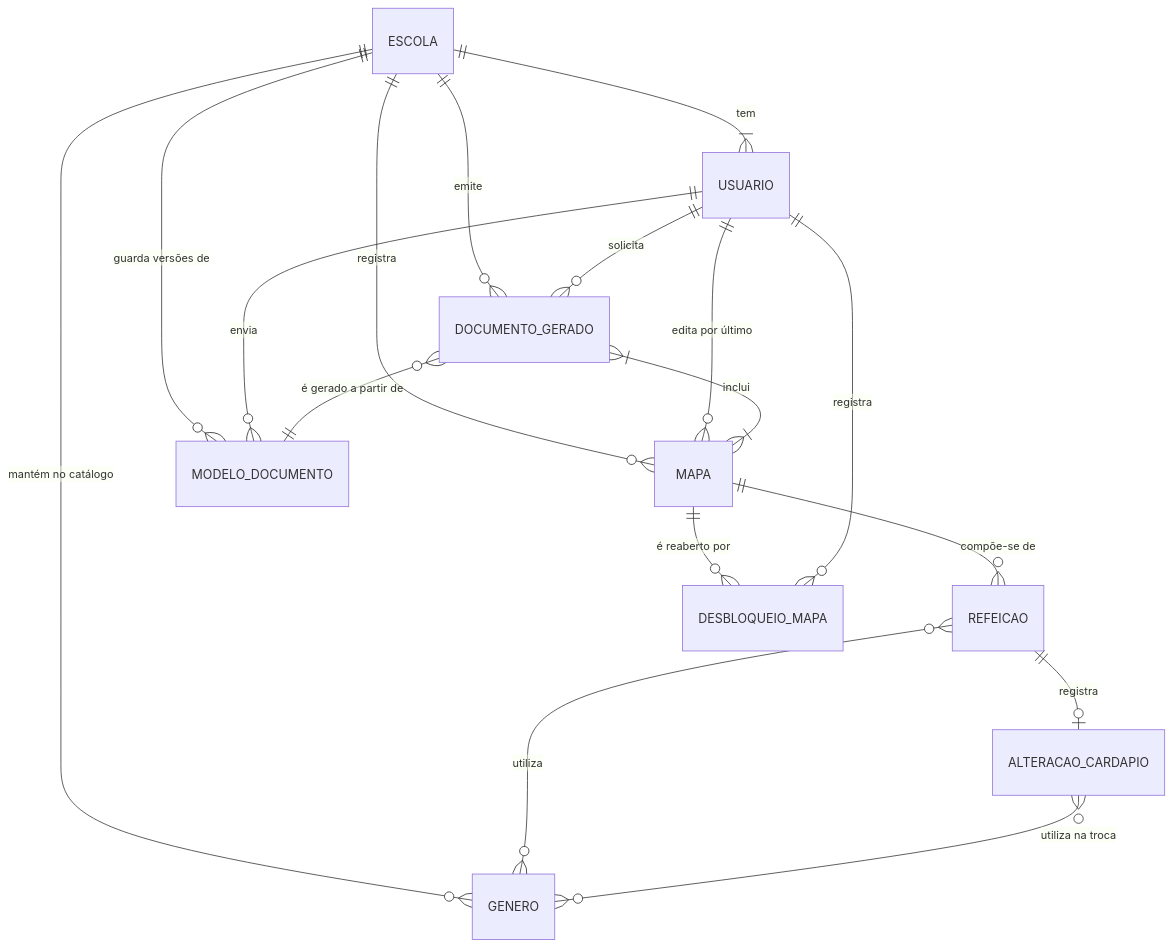
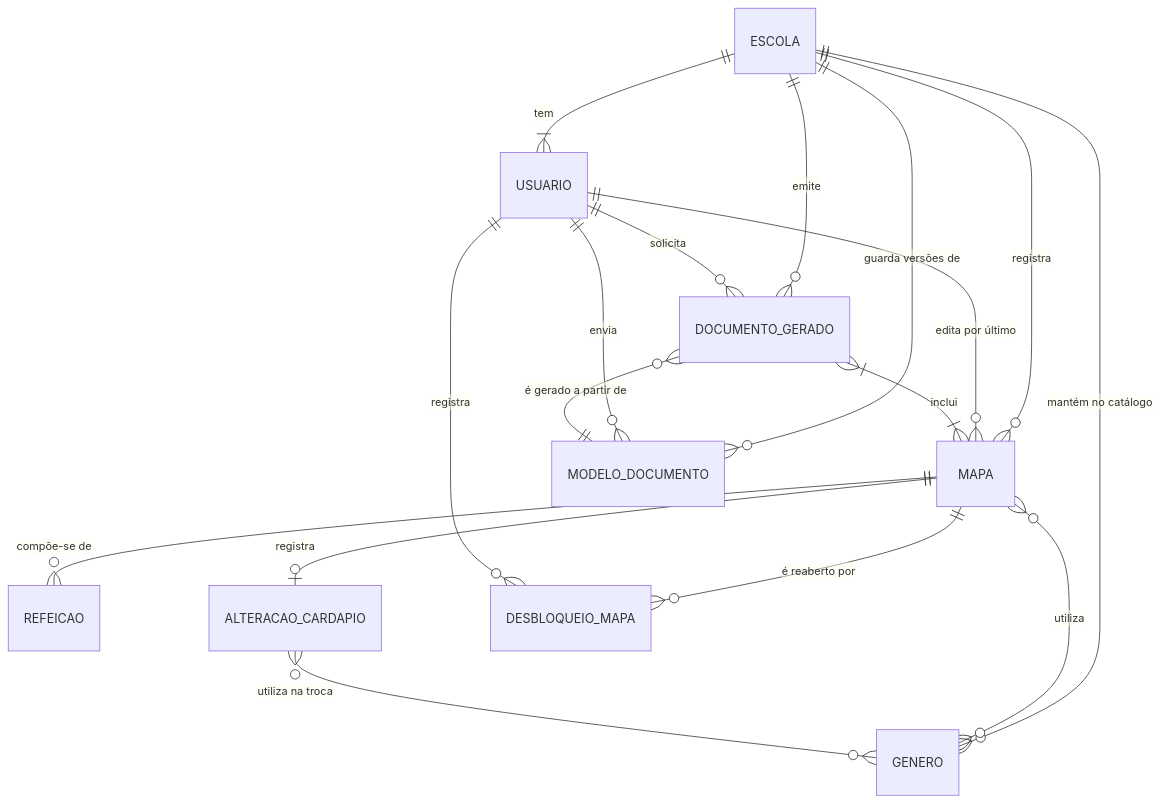
Before and after one commit to rds-renan/mapa-alimentacao-escolar: the diagram in docs/04-banco-de-dados/modelo-conceitual.md, drawn with Mermaid. The commit also changed other lines of this file and 99 other files, not shown here.

````diff
--- a/docs/04-banco-de-dados/modelo-conceitual.md
+++ b/docs/04-banco-de-dados/modelo-conceitual.md
@@ -9,22 +9,22 @@
 ```mermaid
 erDiagram
     ESCOLA ||--|{ USUARIO : "tem"
     ESCOLA ||--o{ GENERO : "mantém no catálogo"
     ESCOLA ||--o{ MAPA : "registra"
     ESCOLA ||--o{ MODELO_DOCUMENTO : "guarda versões de"
     ESCOLA ||--o{ DOCUMENTO_GERADO : "emite"
 
     MAPA ||--o{ REFEICAO : "compõe-se de"
-    REFEICAO ||--o| ALTERACAO_CARDAPIO : "registra"
-    REFEICAO }o--o{ GENERO : "utiliza"
+    MAPA ||--o| ALTERACAO_CARDAPIO : "registra"
+    MAPA }o--o{ GENERO : "utiliza"
     ALTERACAO_CARDAPIO }o--o{ GENERO : "utiliza na troca"
 
     MAPA ||--o{ DESBLOQUEIO_MAPA : "é reaberto por"
     USUARIO ||--o{ DESBLOQUEIO_MAPA : "registra"
     USUARIO ||--o{ MAPA : "edita por último"
     USUARIO ||--o{ MODELO_DOCUMENTO : "envia"
     USUARIO ||--o{ DOCUMENTO_GERADO : "solicita"
 
     DOCUMENTO_GERADO }|--|{ MAPA : "inclui"
     DOCUMENTO_GERADO }o--|| MODELO_DOCUMENTO : "é gerado a partir de"
 ```
````
